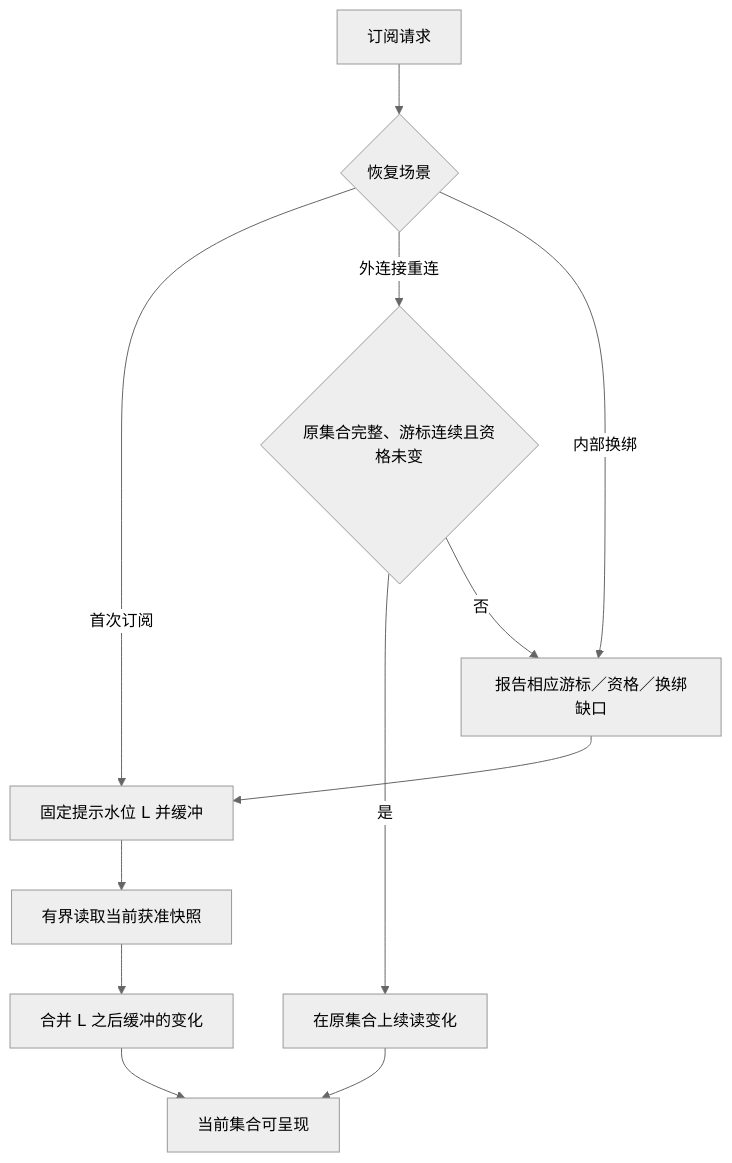
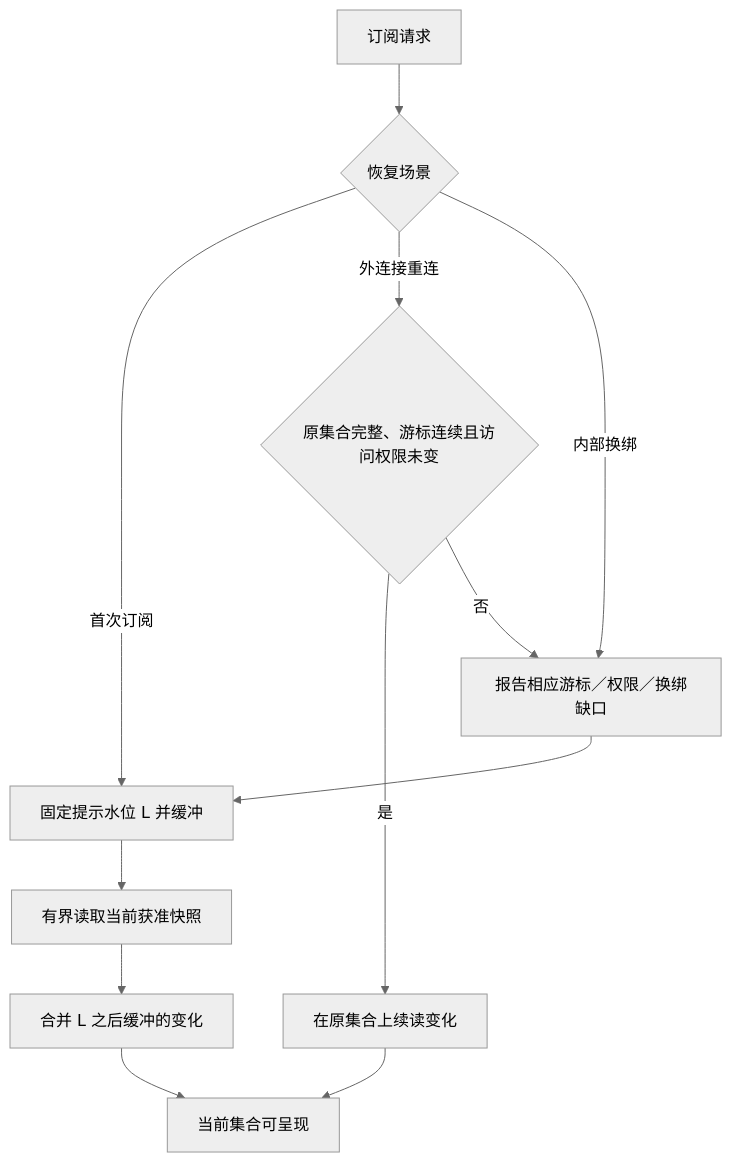
The fourth of 9 diagrams in docs/architecture/deployment-production.md (ruipengliu/lerna), drawn with Mermaid (neutral theme) before and after one commit. The commit also changed other lines of this file and 205 other files, not shown here.

Commit message:
docs: unify architecture terminology

````diff
--- a/docs/architecture/deployment-production.md
+++ b/docs/architecture/deployment-production.md
@@ -150,14 +150,14 @@
 ```mermaid
 flowchart TB
     S[订阅请求] --> K{恢复场景}
     K -->|首次订阅| L[固定提示水位 L 并缓冲]
-    K -->|外连接重连| V{原集合完整、游标连续且资格未变}
-    K -->|内部换绑| R[报告相应游标／资格／换绑缺口]
+    K -->|外连接重连| V{原集合完整、游标连续且访问权限未变}
+    K -->|内部换绑| R[报告相应游标／权限／换绑缺口]
     V -->|是| C[在原集合上续读变化]
     V -->|否| R
     L --> Q[有界读取当前获准快照]
     R --> L
     Q --> M[合并 L 之后缓冲的变化]
     C --> E
     M --> E[当前集合可呈现]
 ```
````
